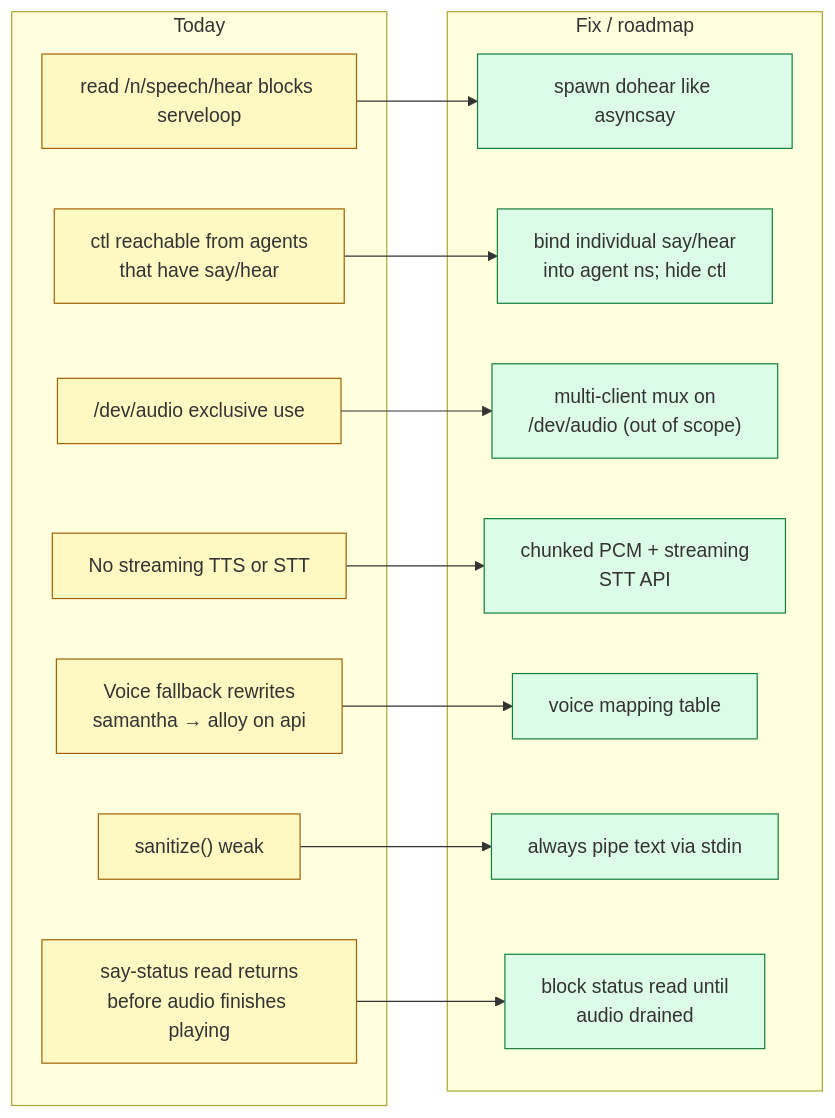
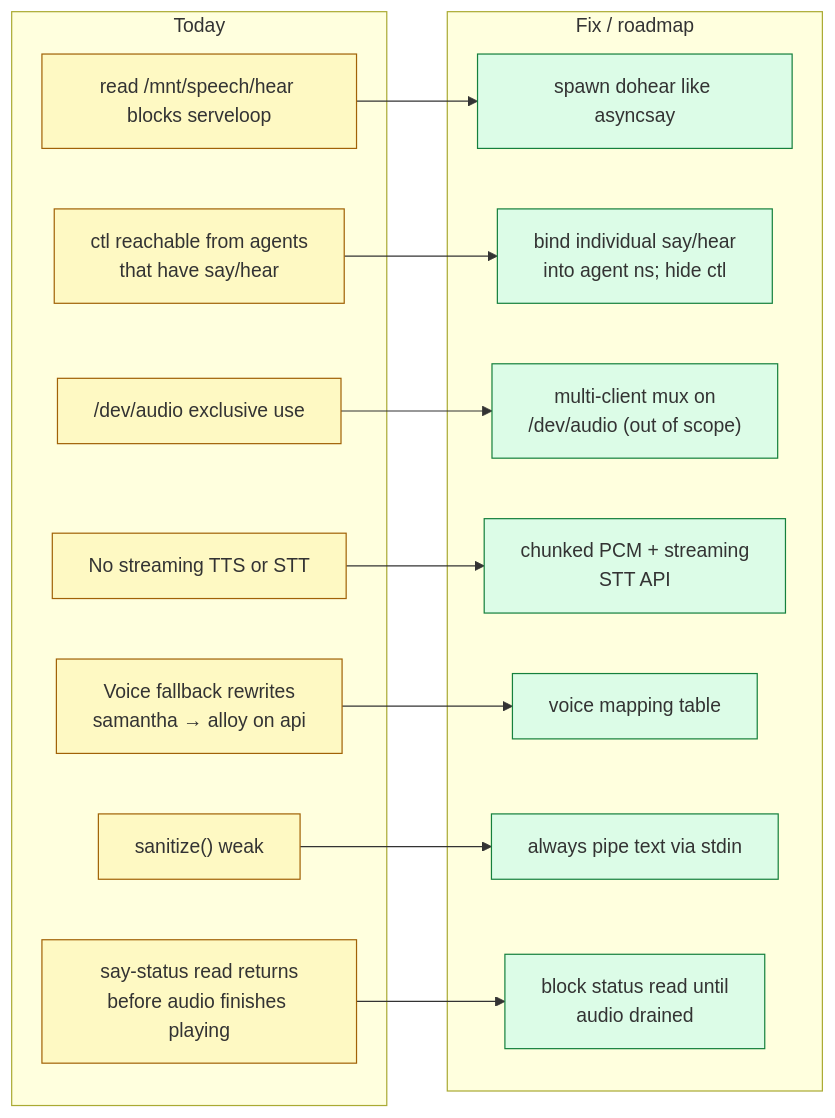
Before and after one commit to infernode-os/infernode: diagram 13 of 16 in docs/SPEECH-ARCHITECTURE.md, drawn with Mermaid. The commit also changed other lines of this file and 30 other files, not shown here.

First line of the commit message:
speech9p: mount at /mnt/speech, not /n/speech

````diff
--- a/docs/SPEECH-ARCHITECTURE.md
+++ b/docs/SPEECH-ARCHITECTURE.md
@@ -571,34 +571,34 @@
 ```mermaid
 flowchart LR
     subgraph today["Today"]
-        l2["read /n/speech/hear blocks serveloop"]
+        l2["read /mnt/speech/hear blocks serveloop"]
         l3["ctl reachable from agents<br/>that have say/hear"]
         l4["/dev/audio exclusive use"]
         l5["No streaming TTS or STT"]
         l6["Voice fallback rewrites<br/>samantha → alloy on api"]
         l7["sanitize() weak"]
         l8["say-status read returns<br/>before audio finishes playing"]
     end
     subgraph fix["Fix / roadmap"]
         f2["spawn dohear like asyncsay"]
         f3["bind individual say/hear<br/>into agent ns; hide ctl"]
         f4["multi-client mux on<br/>/dev/audio (out of scope)"]
         f5["chunked PCM + streaming<br/>STT API"]
         f6["voice mapping table"]
         f7["always pipe text via stdin"]
         f8["block status read until<br/>audio drained"]
     end
 
     l2 --> f2
     l3 --> f3
     l4 --> f4
     l5 --> f5
     l6 --> f6
     l7 --> f7
     l8 --> f8
 
     classDef cur fill:#fef9c3,stroke:#a16207
     classDef good fill:#dcfce7,stroke:#15803d
     class l2,l3,l4,l5,l6,l7,l8 cur
     class f2,f3,f4,f5,f6,f7,f8 good
 ```
````
